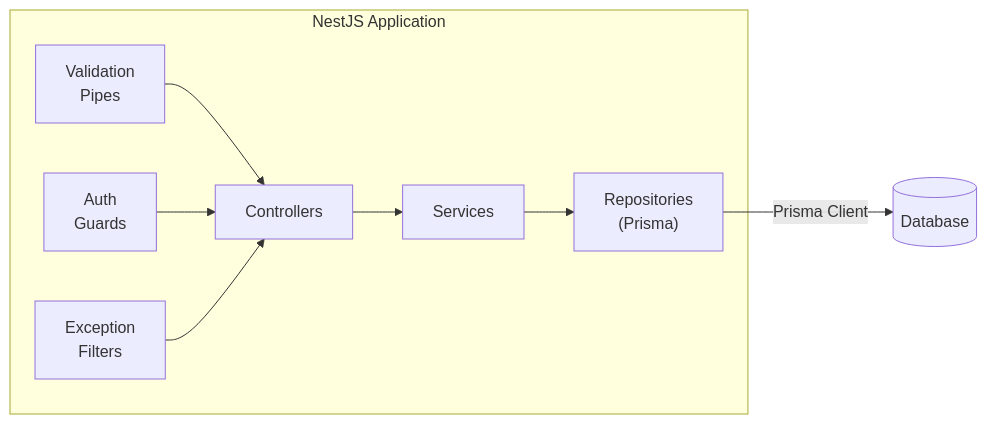
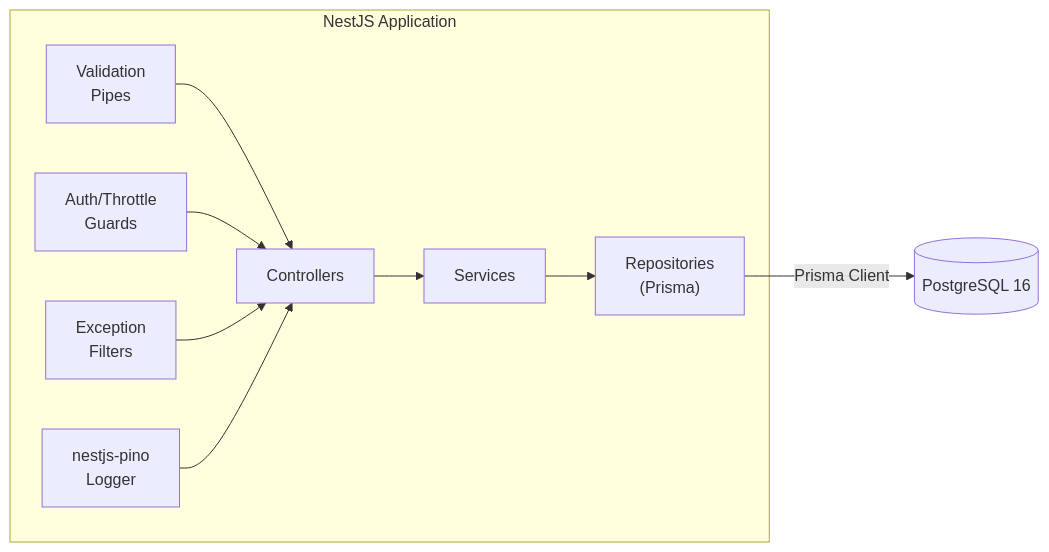
The third of 3 diagrams in src/content/docs/architecture/overview.md (garchomp-game/nx-angular-nestjs-doc), drawn with Mermaid before and after one commit. The commit also changed other lines of this file and 29 other files, not shown here.

````diff
--- a/src/content/docs/architecture/overview.md
+++ b/src/content/docs/architecture/overview.md
@@ -66,11 +64,12 @@
 ```mermaid
 graph LR
     subgraph "NestJS Application"
         CTRL["Controllers"] --> SVC2["Services"]
         SVC2 --> REPO["Repositories<br/>(Prisma)"]
         PIPE["Validation<br/>Pipes"] --> CTRL
-        GUARD2["Auth<br/>Guards"] --> CTRL
+        GUARD2["Auth/Throttle<br/>Guards"] --> CTRL
         FILTER["Exception<br/>Filters"] --> CTRL
+        LOG["nestjs-pino<br/>Logger"] --> CTRL
     end
-    REPO -->|Prisma Client| DB2[(Database)]
+    REPO -->|Prisma Client| DB2[(PostgreSQL 16)]
 ```
````
